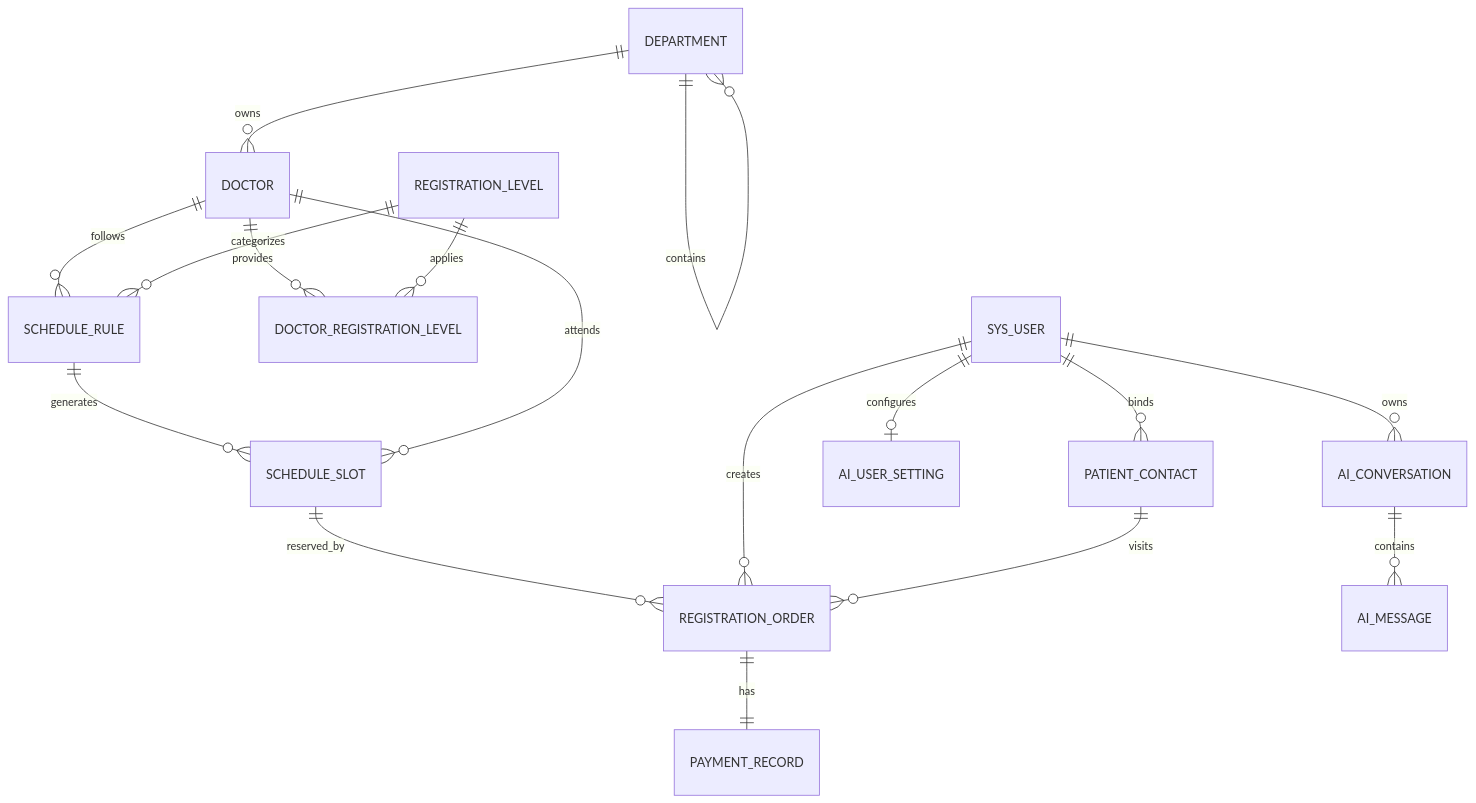
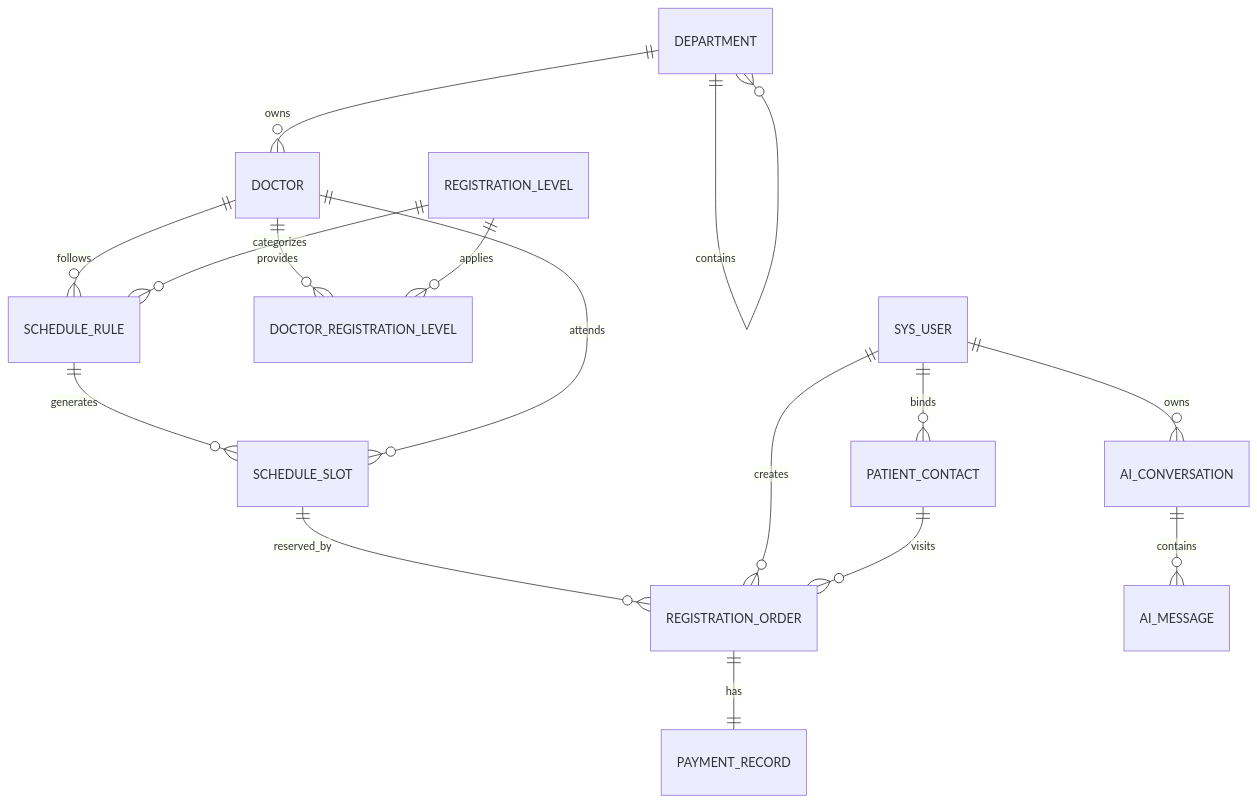
Before and after one commit to coming-star/Harmony_hospital: the diagram in docs/05-数据库设计说明.md, drawn with Mermaid. The commit also changed other lines of this file and 8 other files, not shown here.

Commit message:
清理未使用表(轮播图/AI个人密钥/操作日志)并补充注释；科室数统计改为仅二级科室；用户管理页去掉无意义类型列、状态筛选即时生效

````diff
--- a/docs/05-数据库设计说明.md
+++ b/docs/05-数据库设计说明.md
@@ -13,19 +13,18 @@
 ```mermaid
 erDiagram
   SYS_USER ||--o{ PATIENT_CONTACT : binds
   DEPARTMENT ||--o{ DEPARTMENT : contains
   DEPARTMENT ||--o{ DOCTOR : owns
   DOCTOR ||--o{ DOCTOR_REGISTRATION_LEVEL : provides
   REGISTRATION_LEVEL ||--o{ DOCTOR_REGISTRATION_LEVEL : applies
   DOCTOR ||--o{ SCHEDULE_RULE : follows
   REGISTRATION_LEVEL ||--o{ SCHEDULE_RULE : categorizes
   SCHEDULE_RULE ||--o{ SCHEDULE_SLOT : generates
   DOCTOR ||--o{ SCHEDULE_SLOT : attends
   SCHEDULE_SLOT ||--o{ REGISTRATION_ORDER : reserved_by
   SYS_USER ||--o{ REGISTRATION_ORDER : creates
   PATIENT_CONTACT ||--o{ REGISTRATION_ORDER : visits
   REGISTRATION_ORDER ||--|| PAYMENT_RECORD : has
-  SYS_USER ||--o| AI_USER_SETTING : configures
   SYS_USER ||--o{ AI_CONVERSATION : owns
   AI_CONVERSATION ||--o{ AI_MESSAGE : contains
 ```
````
